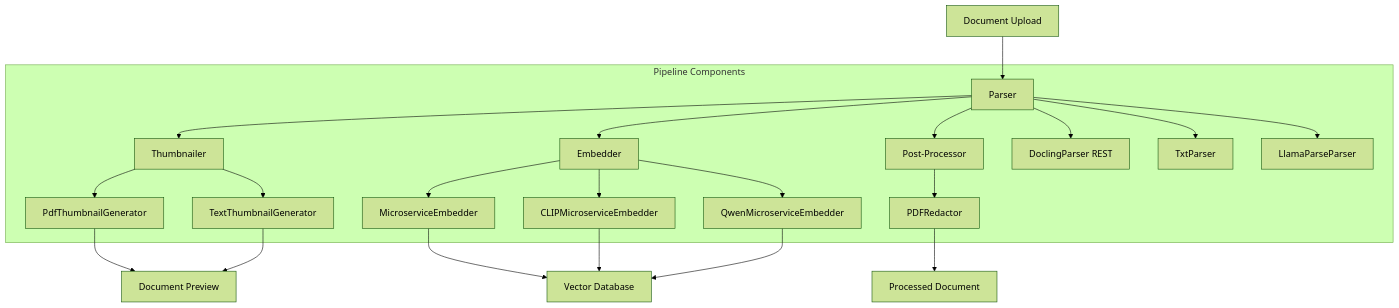
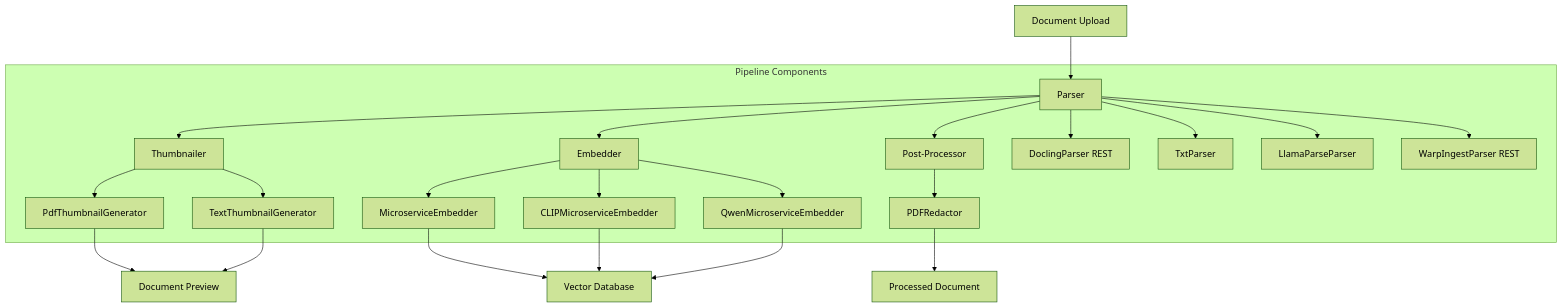
The first of 2 diagrams in docs/pipelines/pipeline_overview.md (angelo-lacson/DocLattice), drawn with Mermaid (forest theme) before and after one commit. The commit also changed other lines of this file and 12 other files, not shown here.

First line of the commit message:
Add Warp-Ingest PDF parser (REST microservice)

````diff
--- a/docs/pipelines/pipeline_overview.md
+++ b/docs/pipelines/pipeline_overview.md
@@ -17,29 +17,30 @@
 ```mermaid
 graph TD
     A[Document Upload] --> B[Parser]
     B --> C[Thumbnailer]
     B --> D[Embedder]
     B --> PP[Post-Processor]
 
     subgraph "Pipeline Components"
         B --> B1[DoclingParser REST]
         B --> B2[TxtParser]
         B --> B3[LlamaParseParser]
+        B --> B4[WarpIngestParser REST]
 
         C --> C1[PdfThumbnailGenerator]
         C --> C2[TextThumbnailGenerator]
 
         D --> D1[MicroserviceEmbedder]
         D --> D2[CLIPMicroserviceEmbedder]
         D --> D3[QwenMicroserviceEmbedder]
 
         PP --> PP1[PDFRedactor]
     end
 
     C1 --> E[Document Preview]
     C2 --> E
     D1 --> F[Vector Database]
     D2 --> F
     D3 --> F
     PP1 --> G[Processed Document]
 ```
````
